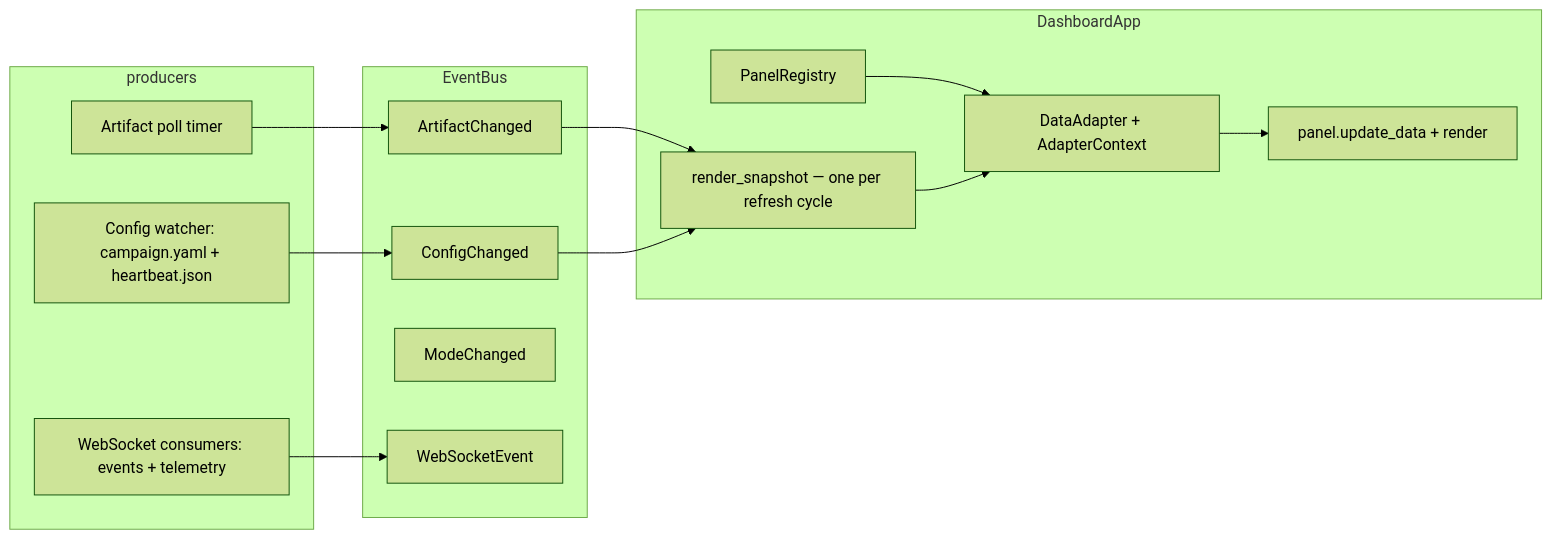
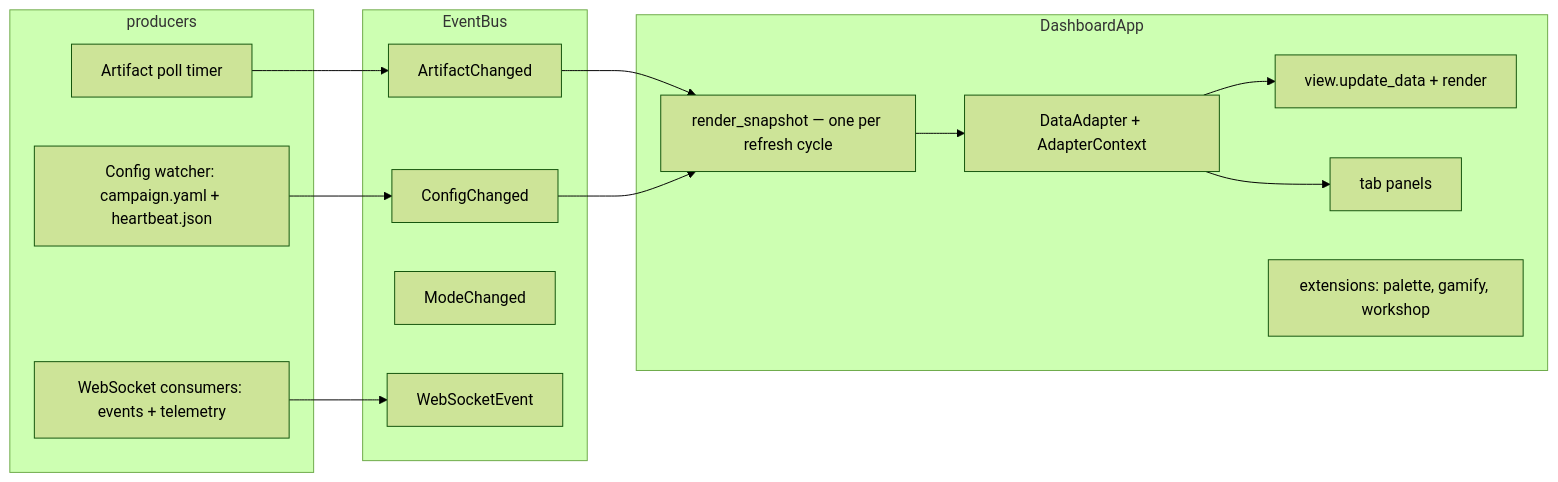
One commit to autonull/computronium changed the diagram in docs/platform/dashboard.md. Above: the diagram before and after it, drawn with Mermaid (forest theme). The commit also changed other lines of this file and 48 other files, not shown here.

````diff
--- a/docs/platform/dashboard.md
+++ b/docs/platform/dashboard.md
@@ -72,28 +83,29 @@
 ```mermaid
 flowchart LR
     subgraph producers
         POLL[Artifact poll timer]
         CFG[Config watcher: campaign.yaml + heartbeat.json]
         WS[WebSocket consumers: events + telemetry]
     end
     subgraph bus[EventBus]
         AC[ArtifactChanged]
         CC[ConfigChanged]
         MC[ModeChanged]
         WE[WebSocketEvent]
     end
     subgraph app[DashboardApp]
         SNAP[render_snapshot — one per refresh cycle]
-        REG[PanelRegistry]
         ADP[DataAdapter + AdapterContext]
-        PANELS[panel.update_data + render]
+        VIEWS[view.update_data + render]
+        TABS[tab panels]
+        EXT[extensions: palette, gamify, workshop]
     end
     POLL --> AC
     CFG --> CC
     WS --> WE
     AC --> SNAP
     CC --> SNAP
-    REG --> ADP
     SNAP --> ADP
-    ADP --> PANELS
+    ADP --> VIEWS
+    ADP --> TABS
 ```
````
